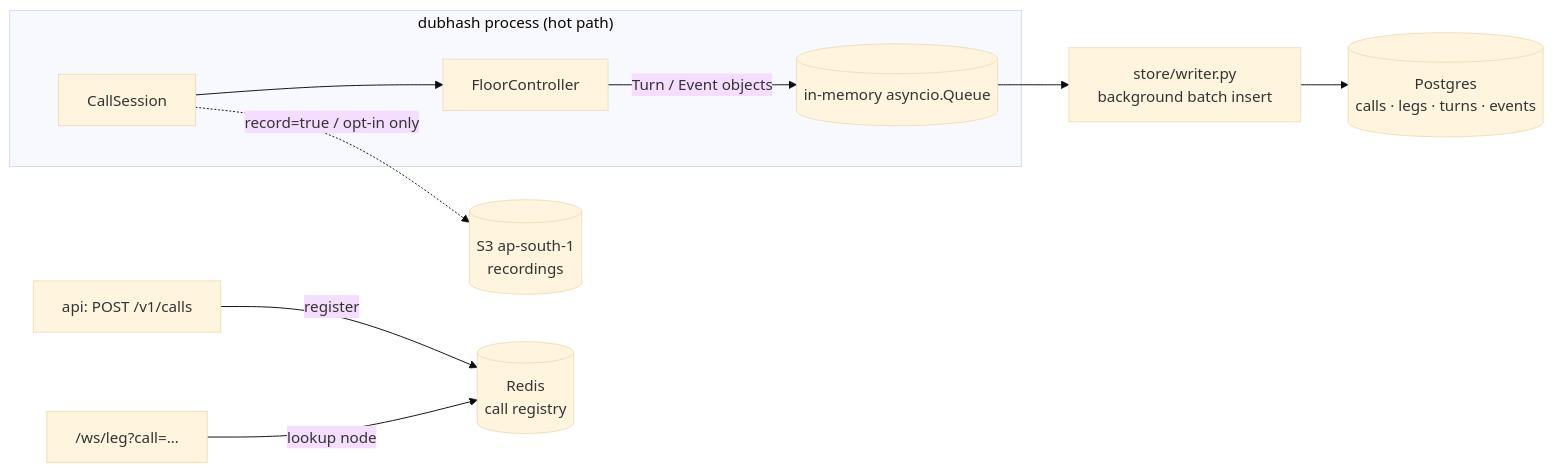
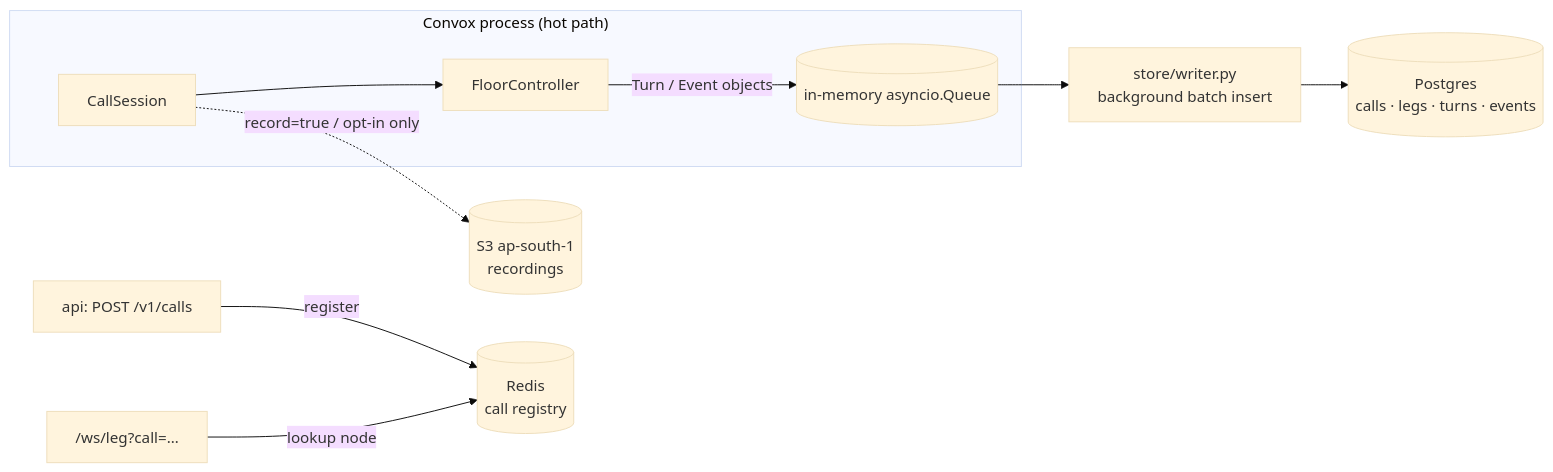
The first of 3 diagrams in docs/tech-spec/data-model.md (rohansx/convox), drawn with Mermaid (base theme) before and after one commit. The commit also changed other lines of this file and 401 other files, not shown here.

````diff
--- a/docs/tech-spec/data-model.md
+++ b/docs/tech-spec/data-model.md
@@ -12,12 +12,12 @@
 ```mermaid
 flowchart LR
-    subgraph proc["dubhash process (hot path)"]
+    subgraph proc["Convox process (hot path)"]
         CS[CallSession] --> FC[FloorController]
         FC -- Turn / Event objects --> Q[(in-memory asyncio.Queue)]
     end
     Q --> W["store/writer.py<br/>background batch insert"]
     W --> PG[(Postgres<br/>calls · legs · turns · events)]
     API["api: POST /v1/calls"] -- register --> R[(Redis<br/>call registry)]
     LEG["/ws/leg?call=…"] -- lookup node --> R
     CS -. "record=true / opt-in only" .-> S3[(S3 ap-south-1<br/>recordings)]
 ```
````
